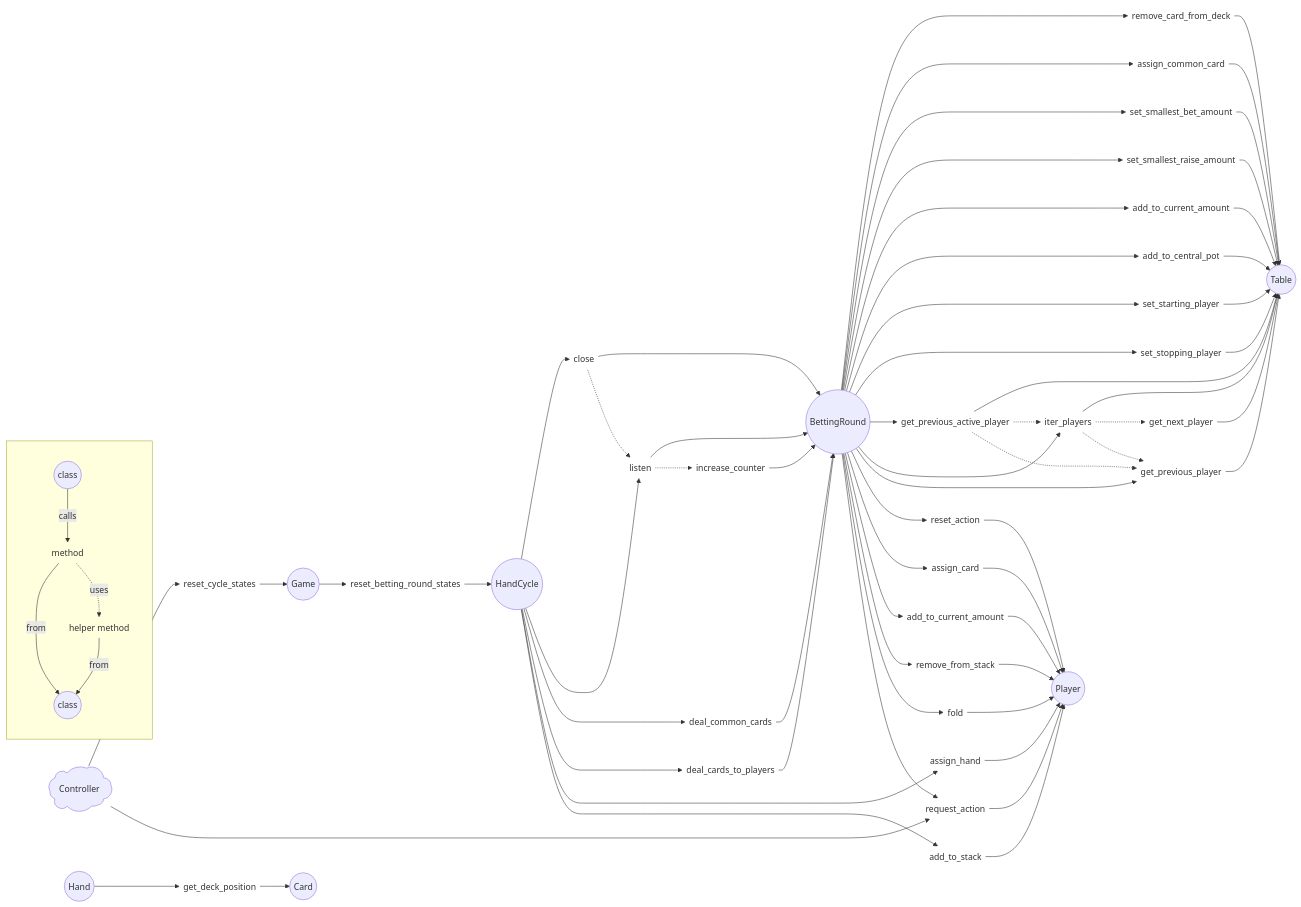
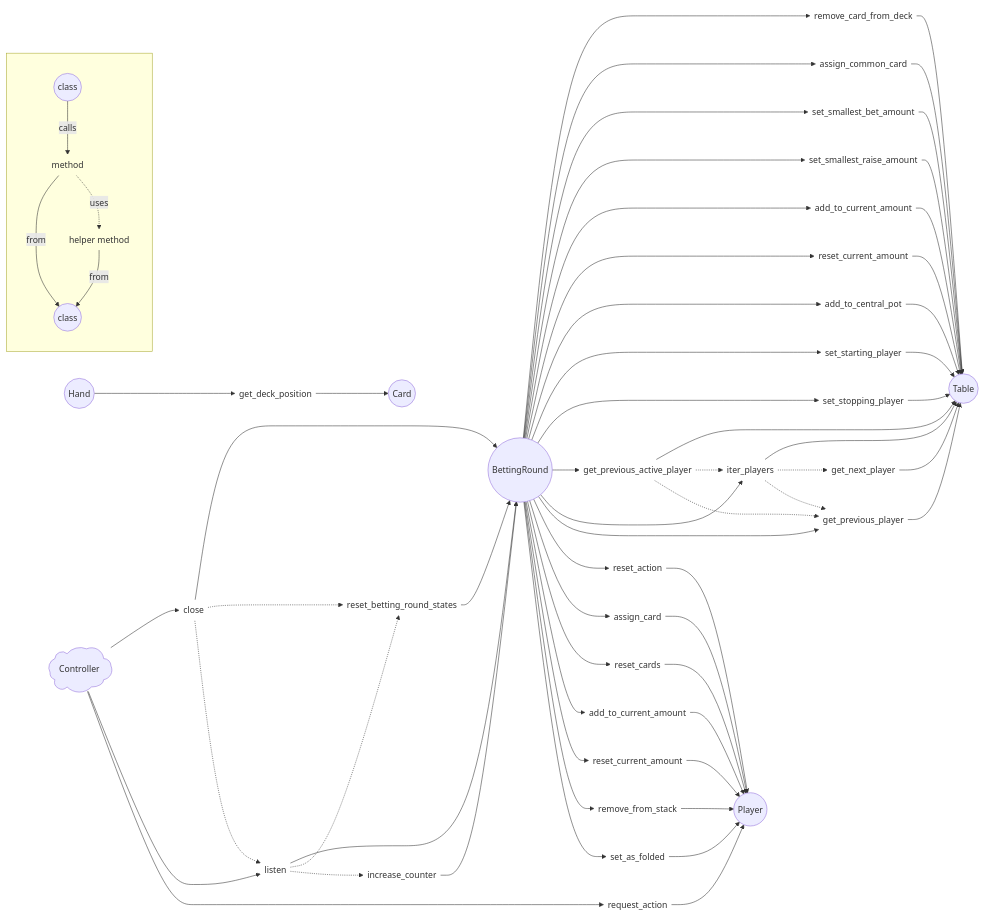
One commit to jorsaland/pokerpy changed the diagram in MODEL.md. Above: the diagram before and after it, drawn with Mermaid.

Commit message:
communication model updated to current behaviour of reset functions

````diff
--- a/MODEL.md
+++ b/MODEL.md
@@ -17,122 +17,86 @@
 
 
     %% Classes and methods
-
-    G(Game)@{ shape: circle }
-    G.reset_cycle_states(reset_cycle_states)@{ shape: text }
-
-    HC(HandCycle)@{ shape: circle }
-    HC.reset_betting_round_states(reset_betting_round_states)@{ shape: text }
-
+    
     BR(BettingRound)@{ shape: circle }
-    BR.listen(listen)@{ shape: text }
-    BR.close(close)@{ shape: text }
-    BR.increase_counter(increase_counter)@{ shape: text }
-    BR.deal_cards_to_players(deal_cards_to_players)@{ shape: text }
-    BR.deal_common_cards(deal_common_cards)@{ shape: text }
+    BR.close(close)@{ shape: text } -->  BR
+    BR.listen(listen)@{ shape: text } -->  BR
+    BR.reset_betting_round_states(reset_betting_round_states)@{ shape: text } -->  BR
+    BR.increase_counter(increase_counter)@{ shape: text } -->  BR
 
     T(Table)@{ shape: circle }
-    T.remove_card_from_deck(remove_card_from_deck)@{ shape: text }
-    T.assign_common_card(assign_common_card)@{ shape: text }
-    T.set_smallest_bet_amount(set_smallest_bet_amount)@{ shape: text }
-    T.set_smallest_raise_amount(set_smallest_raise_amount)@{ shape: text }
-    T.add_to_current_amount(add_to_current_amount)@{ shape: text }
-    T.add_to_central_pot(add_to_central_pot)@{ shape: text }
-    T.set_starting_player(set_starting_player)@{ shape: text }
-    T.set_stopping_player(set_stopping_player)@{ shape: text }
-    T.get_previous_player(get_previous_player)@{ shape: text }
-    T.get_next_player(get_next_player)@{ shape: text }
-    T.iter_players(iter_players)@{ shape: text }
-    T.get_previous_active_player(get_previous_active_player)@{ shape: text }
+    T.remove_card_from_deck(remove_card_from_deck)@{ shape: text } --> T
+    T.assign_common_card(assign_common_card)@{ shape: text } --> T
+    T.set_smallest_bet_amount(set_smallest_bet_amount)@{ shape: text } --> T
+    T.set_smallest_raise_amount(set_smallest_raise_amount)@{ shape: text } --> T
+    T.add_to_current_amount(add_to_current_amount)@{ shape: text } --> T
+    T.reset_current_amount(reset_current_amount)@{ shape: text } --> T
+    T.add_to_central_pot(add_to_central_pot)@{ shape: text } --> T
+    T.set_starting_player(set_starting_player)@{ shape: text } --> T
+    T.set_stopping_player(set_stopping_player)@{ shape: text } --> T
+    T.get_previous_player(get_previous_player)@{ shape: text } --> T
+    T.get_next_player(get_next_player)@{ shape: text } --> T
+    T.iter_players(iter_players)@{ shape: text } --> T
+    T.get_previous_active_player(get_previous_active_player)@{ shape: text } --> T
 
     C(Controller)@{ shape: cloud }
 
     P(Player)@{ shape: circle }
-    P.request_action(request_action)@{ shape: text }
-    P.reset_action(reset_action)@{ shape: text }
-    P.assign_card(assign_card)@{ shape: text }
-    P.assign_hand(assign_hand)@{ shape: text }
-    P.add_to_current_amount(add_to_current_amount)@{ shape: text }
-    P.add_to_stack(add_to_stack)@{ shape: text }
-    P.remove_from_stack(remove_from_stack)@{ shape: text }
-    P.fold(fold)@{ shape: text }
+    P.request_action(request_action)@{ shape: text } --> P
+    P.reset_action(reset_action)@{ shape: text } --> P
+    P.assign_card(assign_card)@{ shape: text } --> P
+    P.reset_cards(reset_cards)@{ shape: text } --> P
+    P.add_to_current_amount(add_to_current_amount)@{ shape: text } --> P
+    P.reset_current_amount(reset_current_amount)@{ shape: text } --> P
+    P.remove_from_stack(remove_from_stack)@{ shape: text } --> P
+    P.set_as_folded(set_as_folded)@{ shape: text } --> P
 
     H(Hand)@{ shape: circle }
 
     Cd(Card)@{ shape: circle }
-    Cd.get_deck_position(get_deck_position)@{ shape: text }
+    Cd.get_deck_position(get_deck_position)@{ shape: text } --> Cd
 
 
-    %% Relations from Controller
+    %% Class to method relations
+
+    C --> BR.close
+    C --> BR.listen
+    C --> P.request_action
+
+    BR --> T.remove_card_from_deck
+    BR --> T.assign_common_card
+    BR --> T.set_smallest_bet_amount
+    BR --> T.set_smallest_raise_amount
+    BR --> T.add_to_current_amount
+    BR --> T.reset_current_amount
+    BR --> T.add_to_central_pot
+    BR --> T.set_starting_player
+    BR --> T.set_stopping_player
+    BR --> T.get_previous_active_player
+    BR --> T.iter_players
+    BR --> T.get_previous_player
+    BR --> P.reset_action
+    BR --> P.assign_card
+    BR --> P.reset_cards
+    BR --> P.add_to_current_amount
+    BR --> P.reset_current_amount
+    BR --> P.remove_from_stack
+    BR --> P.set_as_folded
+
+    H ---> Cd.get_deck_position
 
 
-    C --> G.reset_cycle_states --> G
-    C --> P.request_action
+    %% Helper method relations
 
+    BR.close -.-> BR.reset_betting_round_states
+    BR.close -.-> BR.listen
 
-    %% Relations from Game
+    BR.listen -.-> BR.reset_betting_round_states
+    BR.listen -.-> BR.increase_counter
 
+    T.get_previous_active_player -.-> T.iter_players
+    T.get_previous_active_player -.-> T.get_previous_player
 
-    G --> HC.reset_betting_round_states --> HC
-
-
-    %% Relations from HandCycle
-
-
-    HC --> BR.close --> BR
-           BR.close -.-> BR.listen --> BR
-
-    HC --> BR.listen -.-> BR.increase_counter  --> BR
-
-    HC --> BR.deal_common_cards -->  BR
-
-    HC --> BR.deal_cards_to_players -->  BR
-
-    HC --> P.assign_hand --> P
-
-    HC --> P.add_to_stack --> P
-
-
-    %% Relations from BettingRound
-
-
-    BR --> T.remove_card_from_deck --> T
-
-    BR --> T.assign_common_card --> T
-
-    BR --> T.set_smallest_bet_amount --> T
-
-    BR --> T.set_smallest_raise_amount --> T
-
-    BR --> T.add_to_current_amount --> T
-
-    BR --> T.add_to_central_pot --> T
-
-    BR --> T.set_starting_player --> T
-
-    BR --> T.set_stopping_player --> T
-
-    BR --> T.get_previous_active_player --> T
-           T.get_previous_active_player -.-> T.iter_players --> T
-           T.get_previous_active_player -.-> T.get_previous_player --> T
-
-    BR --> T.iter_players -.-> T.get_next_player --> T
-           T.iter_players -.-> T.get_previous_player
-
-    BR --> T.get_previous_player
-
-    BR --> P.reset_action --> P
-
-    BR --> P.assign_card --> P
-
-    BR --> P.add_to_current_amount --> P
-    BR --> P.remove_from_stack --> P
-    BR --> P.fold --> P
-    BR --> P.request_action --> P
-
-
-    %% Relations from Hand
-
-
-    H --> Cd.get_deck_position --> Cd
+    T.iter_players -.-> T.get_next_player
+    T.iter_players -.-> T.get_previous_player
 ```
````
